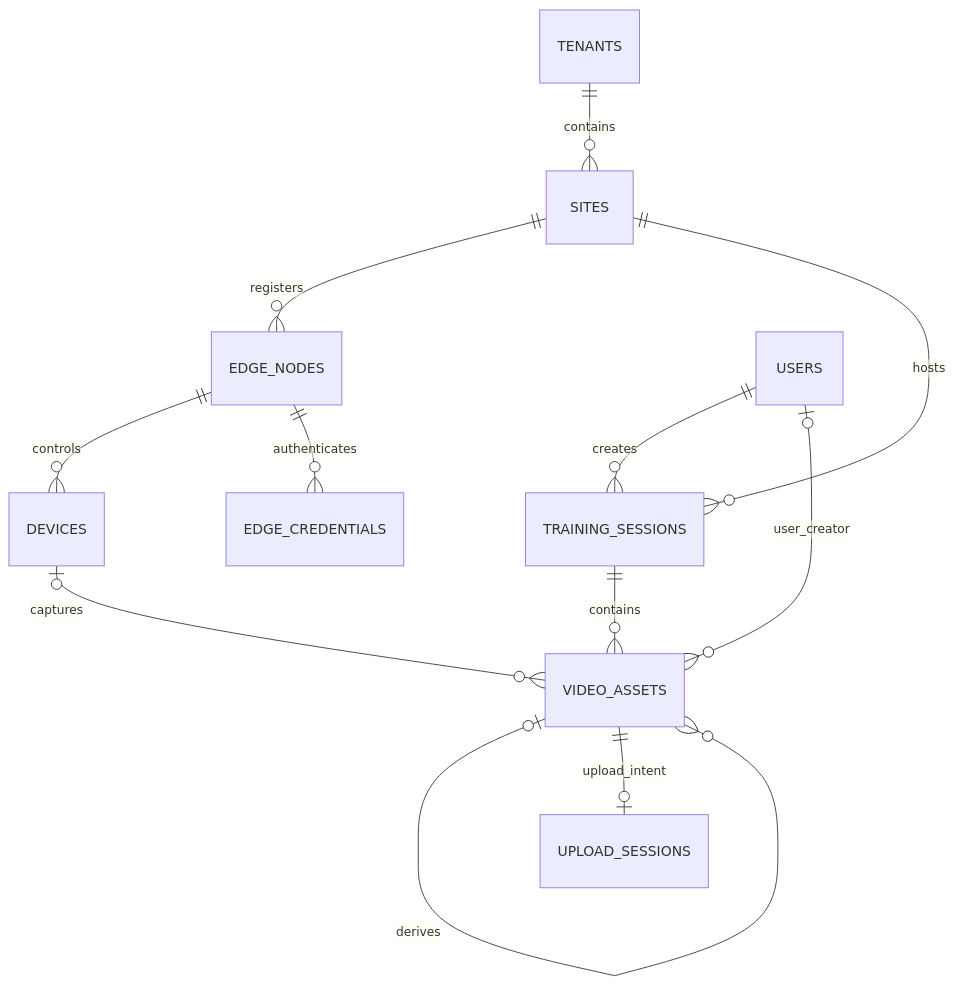
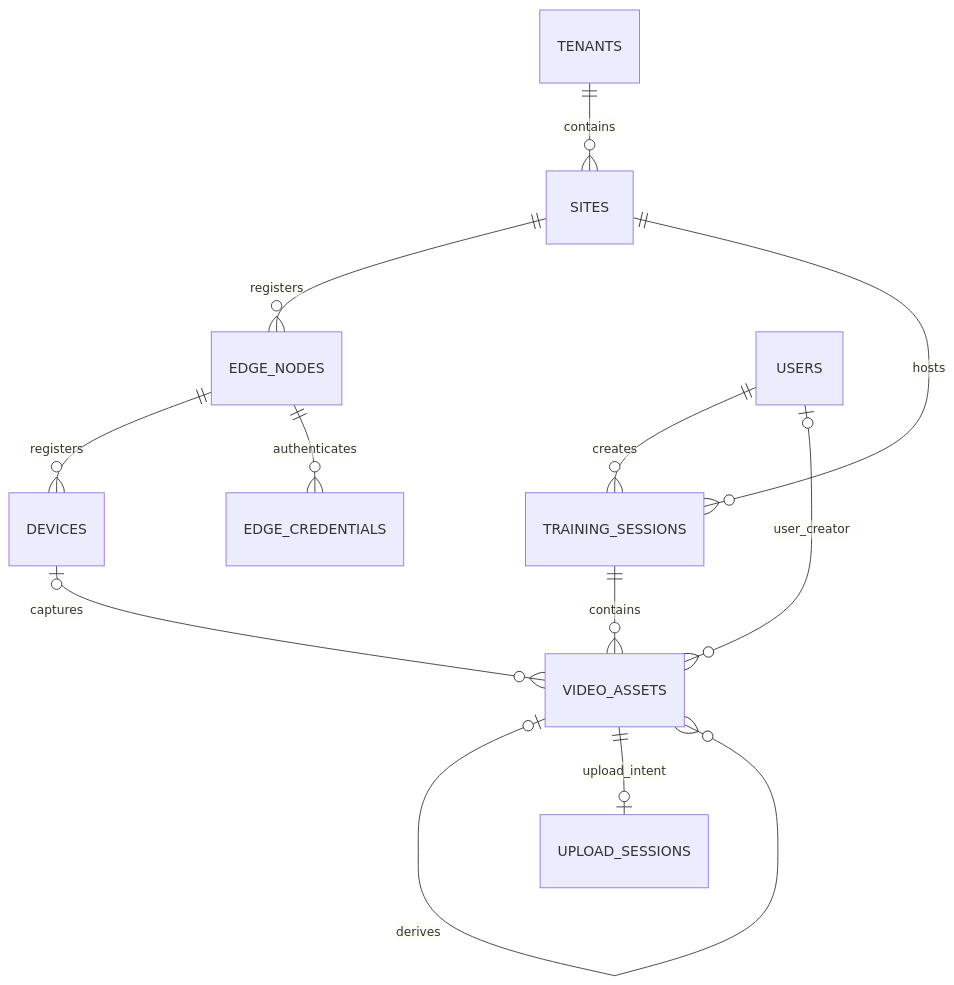
Before and after one commit to TuIanL/zhiyong-swim-platform: the diagram in docs/architecture/cloud-capture-media-domain.md, drawn with Mermaid. The commit also changed other lines of this file and 34 other files, not shown here.

```diff
--- a/docs/architecture/cloud-capture-media-domain.md
+++ b/docs/architecture/cloud-capture-media-domain.md
@@ -20,14 +20,14 @@
 ~~~mermaid
 erDiagram
     TENANTS ||--o{ SITES : contains
     SITES ||--o{ EDGE_NODES : registers
-    EDGE_NODES ||--o{ DEVICES : controls
+    EDGE_NODES ||--o{ DEVICES : registers
     EDGE_NODES ||--o{ EDGE_CREDENTIALS : authenticates
     SITES ||--o{ TRAINING_SESSIONS : hosts
     TRAINING_SESSIONS ||--o{ VIDEO_ASSETS : contains
     DEVICES o|--o{ VIDEO_ASSETS : captures
     VIDEO_ASSETS o|--o{ VIDEO_ASSETS : derives
     VIDEO_ASSETS ||--o| UPLOAD_SESSIONS : upload_intent
     USERS ||--o{ TRAINING_SESSIONS : creates
     USERS o|--o{ VIDEO_ASSETS : user_creator
 ~~~
```
